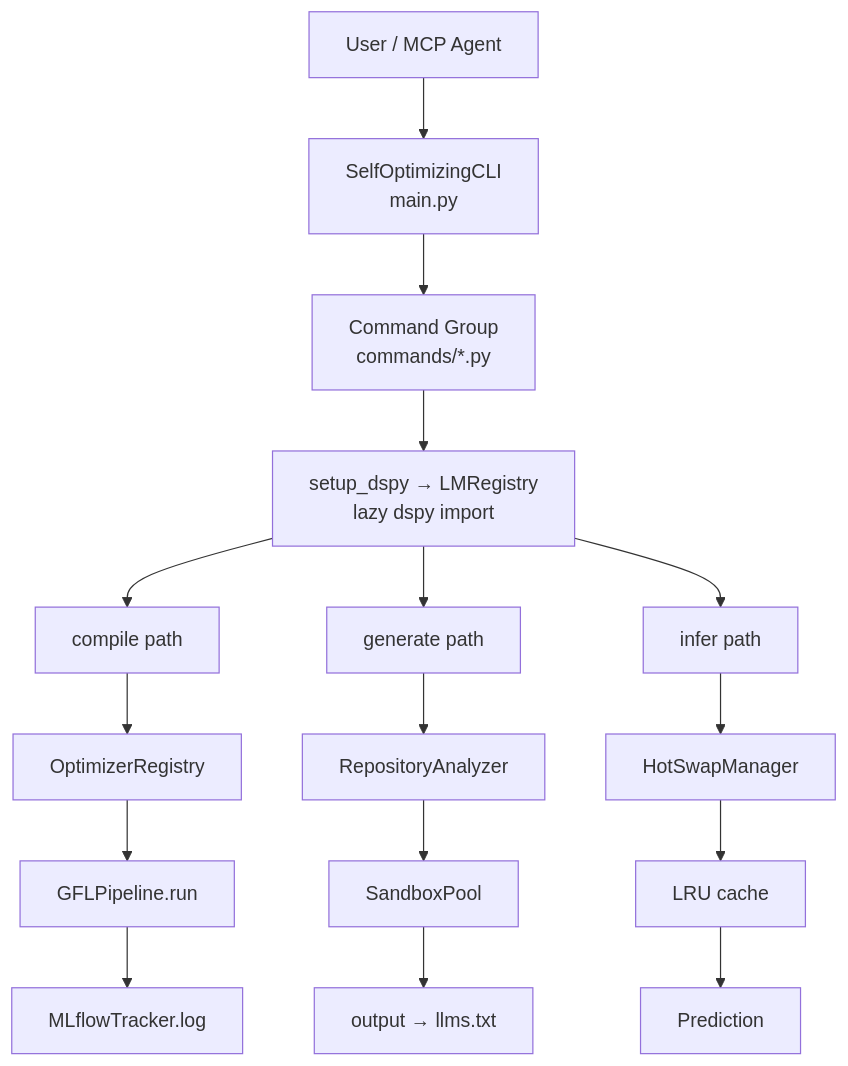
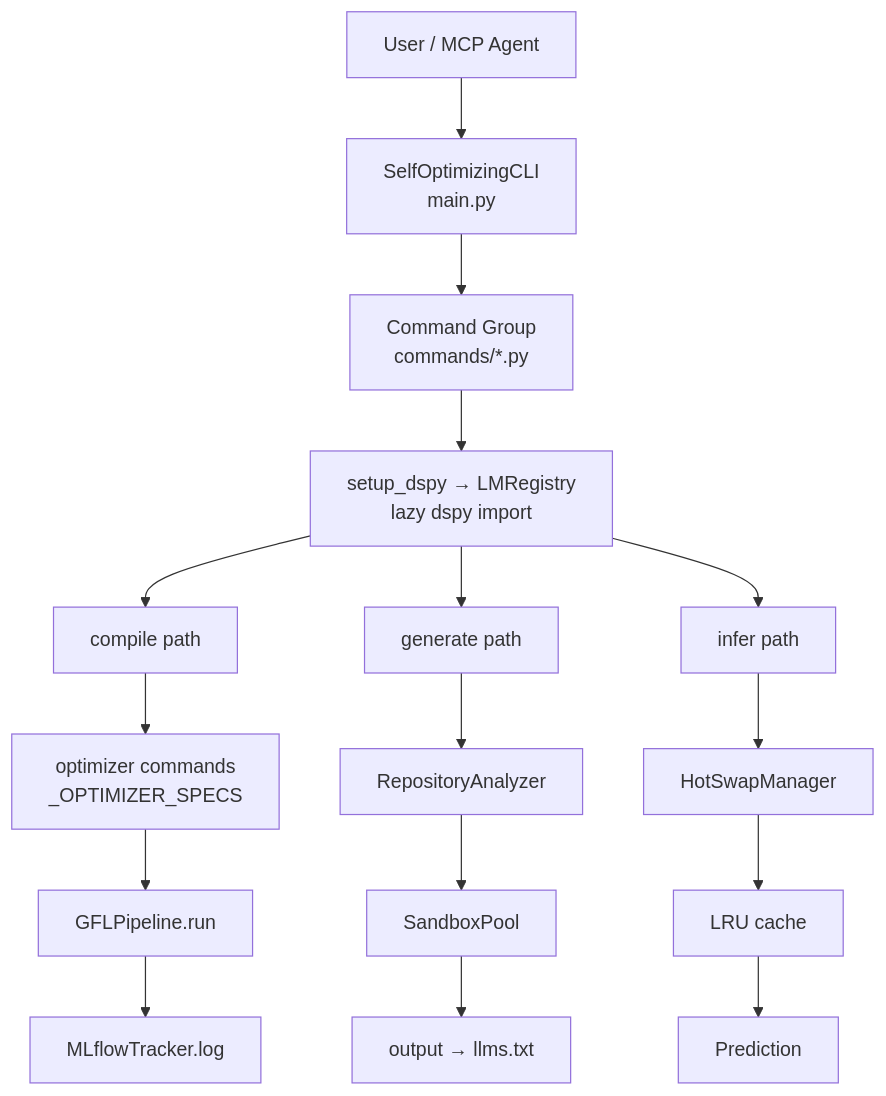
One commit to octagono/dspytools changed the diagram in docs/architecture.md. Above: the diagram before and after it, drawn with Mermaid. The commit also changed other lines of this file and 17 other files, not shown here.

````diff
--- a/docs/architecture.md
+++ b/docs/architecture.md
@@ -83,22 +83,22 @@
 ```mermaid
 graph TD
     user[User / MCP Agent] --> cli[SelfOptimizingCLI<br/>main.py]
     cli --> cmd[Command Group<br/>commands/*.py]
     cmd --> setup[setup_dspy → LMRegistry<br/>lazy dspy import]
 
     setup --> compile_path[compile path]
     setup --> generate_path[generate path]
     setup --> infer_path[infer path]
 
-    compile_path --> opt_reg[OptimizerRegistry]
+    compile_path --> opt_reg[optimizer commands<br/>_OPTIMIZER_SPECS]
     opt_reg --> gfl[GFLPipeline.run]
     gfl --> mlflow[MLflowTracker.log]
 
     generate_path --> analyzer[RepositoryAnalyzer]
     analyzer --> sandbox[SandboxPool]
     sandbox --> output_txt[output → llms.txt]
 
     infer_path --> hotswap[HotSwapManager]
     hotswap --> lru[LRU cache]
     lru --> prediction[Prediction]
 ```
````
